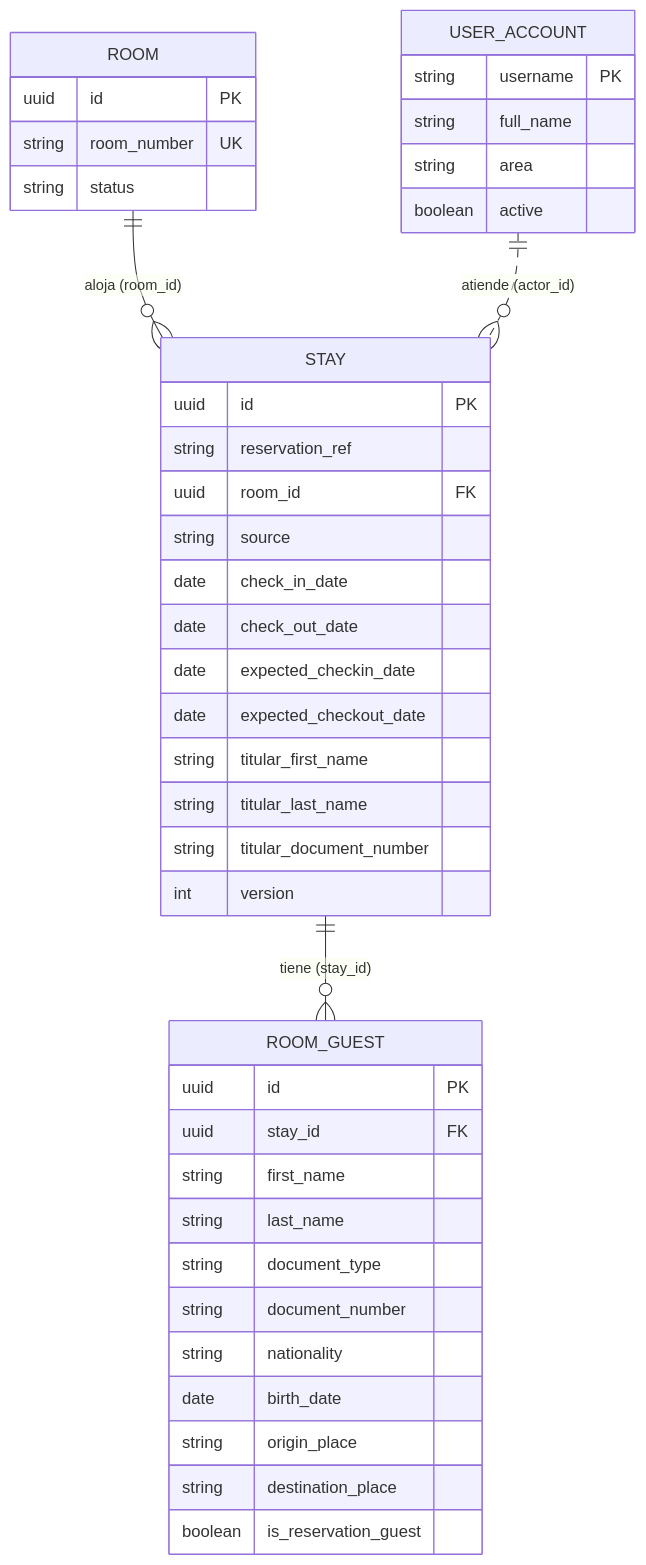
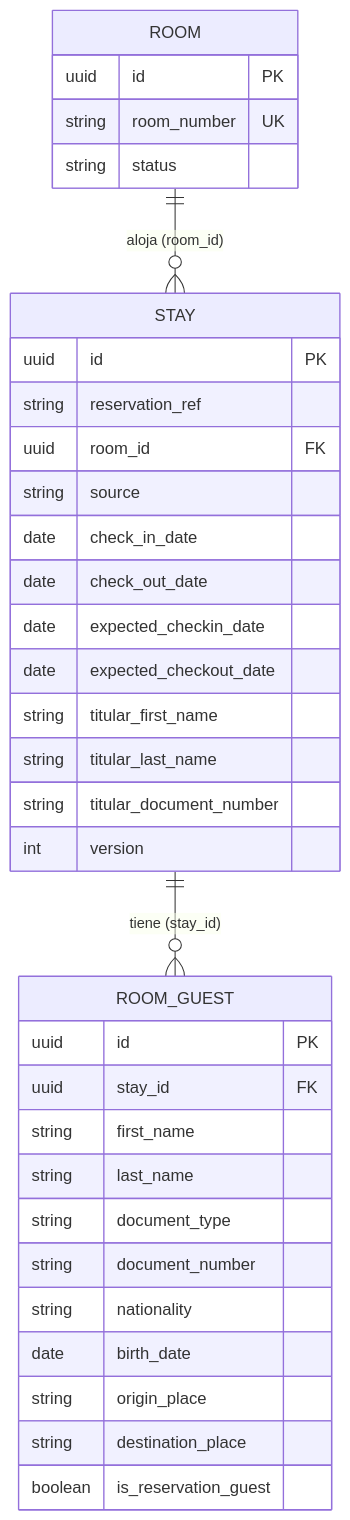
The second of 7 diagrams in documentos/diagramas/entidad-relacion.md (MirianMarriaga/hospitua-module-1), drawn with Mermaid before and after one commit. The commit also changed other lines of this file and 23 other files, not shown here.

Commit message:
docs: corregir inconsistencias entre planes, specs, diagramas y configuración

````diff
--- a/documentos/diagramas/entidad-relacion.md
+++ b/documentos/diagramas/entidad-relacion.md
@@ -76,48 +79,40 @@
 ```mermaid
 erDiagram
   ROOM ||--o{ STAY       : "aloja (room_id)"
   STAY ||--o{ ROOM_GUEST : "tiene (stay_id)"
-  USER_ACCOUNT ||..o{ STAY : "atiende (actor_id)"
 
   ROOM {
     uuid    id           PK
     string  room_number  UK
     string  status
   }
 
   STAY {
     uuid   id                       PK
     string reservation_ref
     uuid   room_id                  FK
     string source
     date   check_in_date
     date   check_out_date
     date   expected_checkin_date
     date   expected_checkout_date
     string titular_first_name
     string titular_last_name
     string titular_document_number
     int    version
   }
 
   ROOM_GUEST {
     uuid    id                   PK
     uuid    stay_id              FK
     string  first_name
     string  last_name
     string  document_type
     string  document_number
     string  nationality
     date    birth_date
     string  origin_place
     string  destination_place
     boolean is_reservation_guest
   }
-
-  USER_ACCOUNT {
-    string  username  PK
-    string  full_name
-    string  area
-    boolean active
-  }
 ```
````
